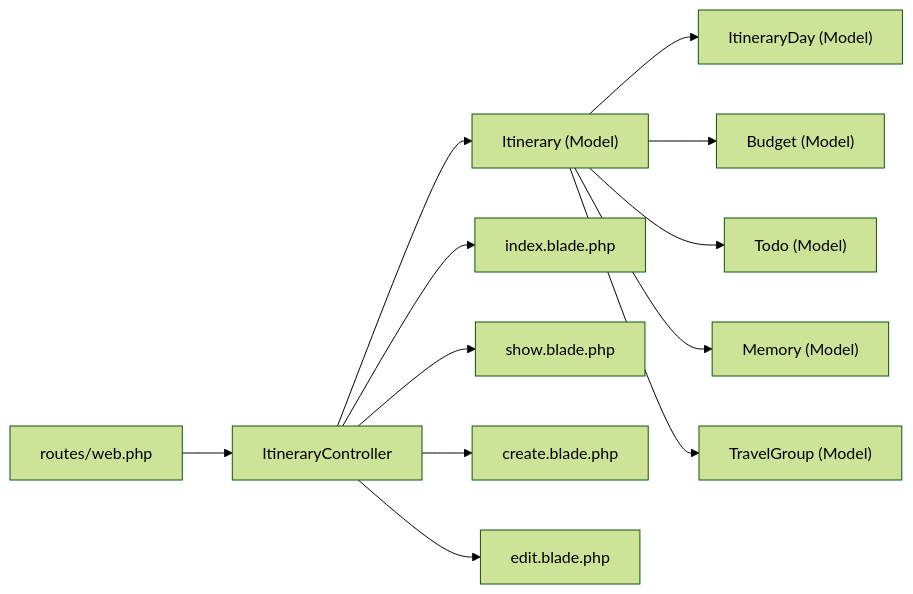
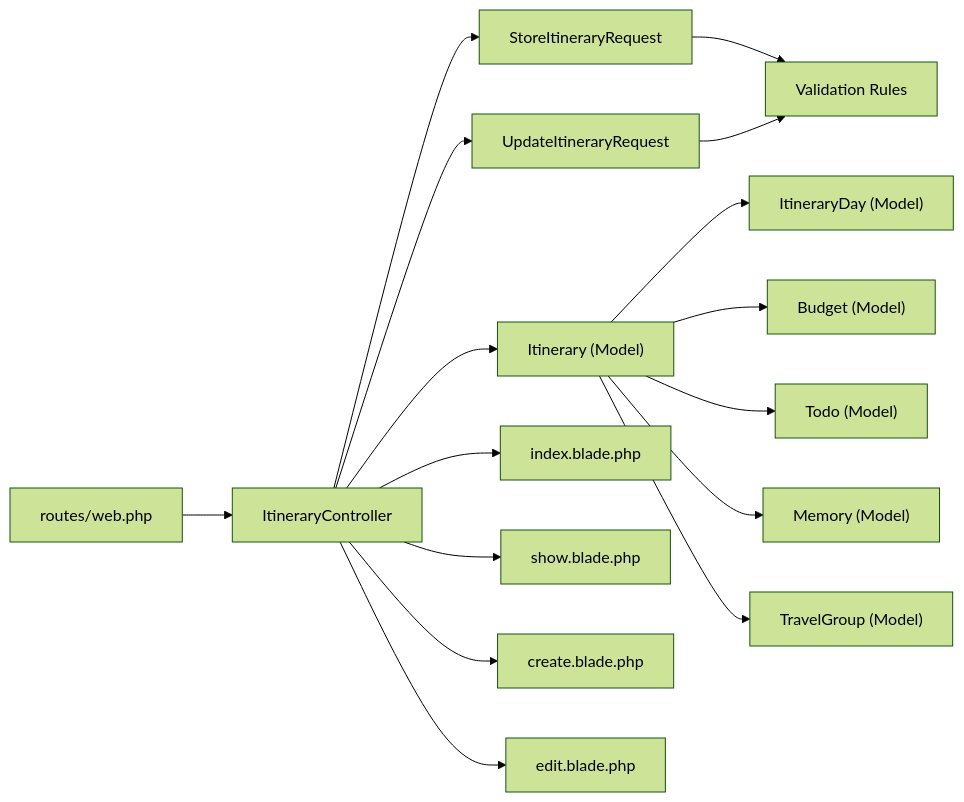
The fifth of 5 diagrams in .qoder/repowiki/en/content/Itinerary Management.md (VenokM05/Travel_Project), drawn with Mermaid (forest theme) before and after one commit. The commit also changed other lines of this file and 12 other files, not shown here.

````diff
--- a/.qoder/repowiki/en/content/Itinerary Management.md
+++ b/.qoder/repowiki/en/content/Itinerary Management.md
@@ -471,14 +514,18 @@
 ```mermaid
 graph LR
 RC["routes/web.php"] --> IC["ItineraryController"]
+IC --> FR1["StoreItineraryRequest"]
+IC --> FR2["UpdateItineraryRequest"]
 IC --> IM["Itinerary (Model)"]
+FR1 --> VR["Validation Rules"]
+FR2 --> VR
 IM --> IDay["ItineraryDay (Model)"]
 IM --> UB["Budget (Model)"]
 IM --> UT["Todo (Model)"]
 IM --> UM["Memory (Model)"]
 IM --> TG["TravelGroup (Model)"]
 IC --> VI["index.blade.php"]
 IC --> VS["show.blade.php"]
 IC --> VC["create.blade.php"]
 IC --> VE["edit.blade.php"]
 ```
````
